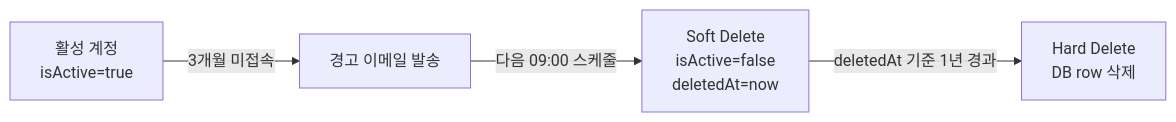
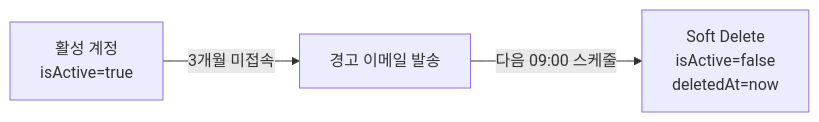
Before and after one commit to CSID-DGU/admin_wiki: the diagram in md/backend/도메인-설명.md, drawn with Mermaid. The commit also changed other lines of this file and 2 other files, not shown here.

First line of the commit message:
docs: Hard Delete 제거 반영 (admin_be #380 머지에 따른 후속 수정) (#14)

````diff
--- a/md/backend/도메인-설명.md
+++ b/md/backend/도메인-설명.md
@@ -30,6 +30,5 @@
 ```mermaid
 flowchart LR
     A[활성 계정\nisActive=true] -->|3개월 미접속| B[경고 이메일 발송]
     B -->|다음 09:00 스케줄| C[Soft Delete\nisActive=false\ndeletedAt=now]
-    C -->|deletedAt 기준 1년 경과| D[Hard Delete\nDB row 삭제]
 ```
````
